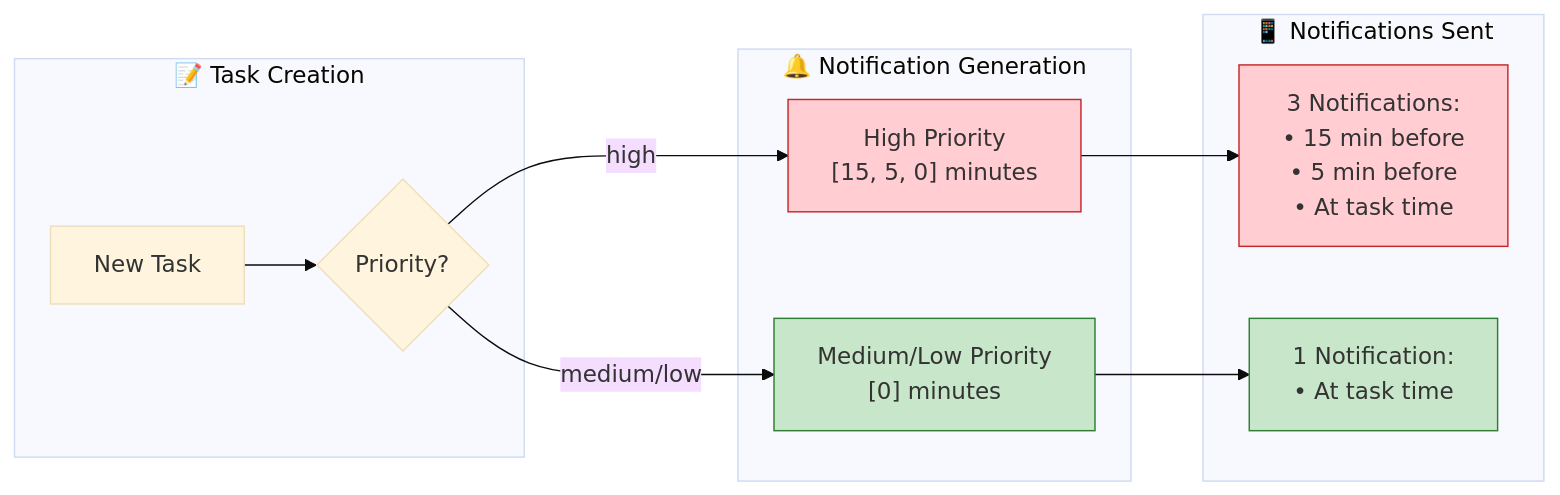
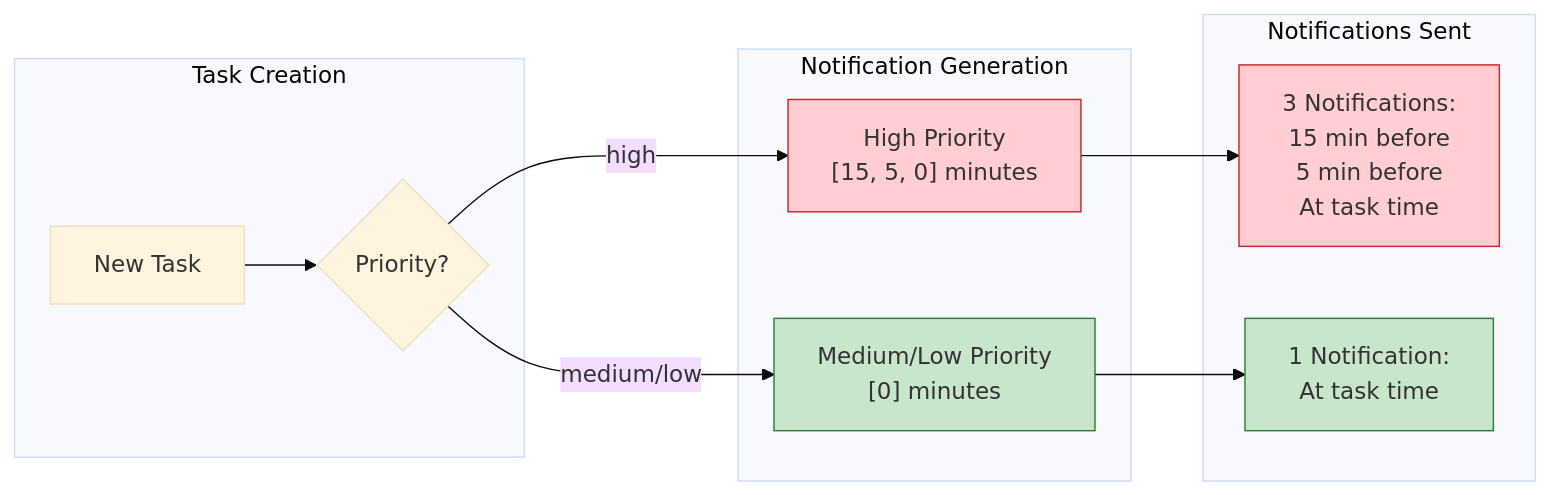
The fifth of 6 diagrams in docs/architecture.md (ngrabbs/schedule_manager), drawn with Mermaid (base theme) before and after one commit. The commit also changed other lines of this file and 5 other files, not shown here.

````diff
--- a/docs/architecture.md
+++ b/docs/architecture.md
@@ -190,28 +226,28 @@
 ```mermaid
 flowchart LR
-    subgraph Input["📝 Task Creation"]
+    subgraph Input["Task Creation"]
         NewTask["New Task"]
         Priority{"Priority?"}
     end
 
-    subgraph NotifGen["🔔 Notification Generation"]
+    subgraph NotifGen["Notification Generation"]
         High["High Priority<br/>[15, 5, 0] minutes"]
         MedLow["Medium/Low Priority<br/>[0] minutes"]
     end
 
-    subgraph Output["📱 Notifications Sent"]
-        High3["3 Notifications:<br/>• 15 min before<br/>• 5 min before<br/>• At task time"]
-        Single["1 Notification:<br/>• At task time"]
+    subgraph Output["Notifications Sent"]
+        High3["3 Notifications:<br/>15 min before<br/>5 min before<br/>At task time"]
+        Single["1 Notification:<br/>At task time"]
     end
 
     NewTask --> Priority
     Priority -->|"high"| High
     Priority -->|"medium/low"| MedLow
     High --> High3
     MedLow --> Single
 
     style High fill:#ffcdd2,stroke:#c62828
     style MedLow fill:#c8e6c9,stroke:#2e7d32
     style High3 fill:#ffcdd2,stroke:#c62828
     style Single fill:#c8e6c9,stroke:#2e7d32
 ```
````
